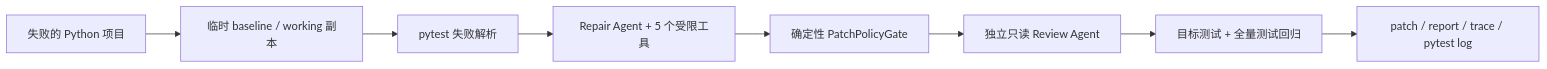
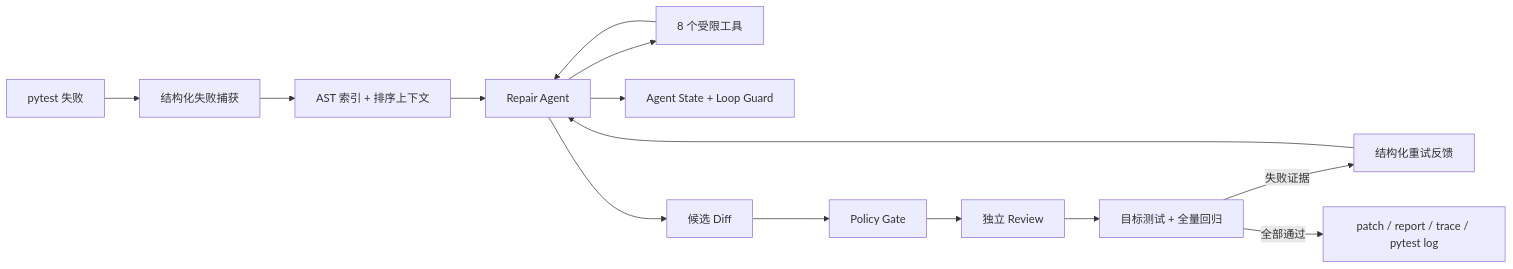
The diagram in README.md (JerryWu-gith/pyrepair-agent), drawn with Mermaid before and after one commit. The commit also changed other lines of this file, not shown here.

Commit message:
docs: present PyRepair as a stateful repair agent

````diff
--- a/README.md
+++ b/README.md
@@ -75,10 +49,16 @@
 ```mermaid
 flowchart LR
-    A["失败的 Python 项目"] --> B["临时 baseline / working 副本"]
-    B --> C["pytest 失败解析"]
-    C --> D["Repair Agent + 5 个受限工具"]
-    D --> E["确定性 PatchPolicyGate"]
-    E --> F["独立只读 Review Agent"]
-    F --> G["目标测试 + 全量测试回归"]
-    G --> H["patch / report / trace / pytest log"]
+    A[pytest 失败] --> B[结构化失败捕获]
+    B --> C[AST 索引 + 排序上下文]
+    C --> D[Repair Agent]
+    D --> E[8 个受限工具]
+    E --> D
+    D --> F[Agent State + Loop Guard]
+    D --> G[候选 Diff]
+    G --> H[Policy Gate]
+    H --> I[独立 Review]
+    I --> J[目标测试 + 全量回归]
+    J -->|失败证据| K[结构化重试反馈]
+    K --> D
+    J -->|全部通过| L[patch / report / trace / pytest log]
 ```
````
